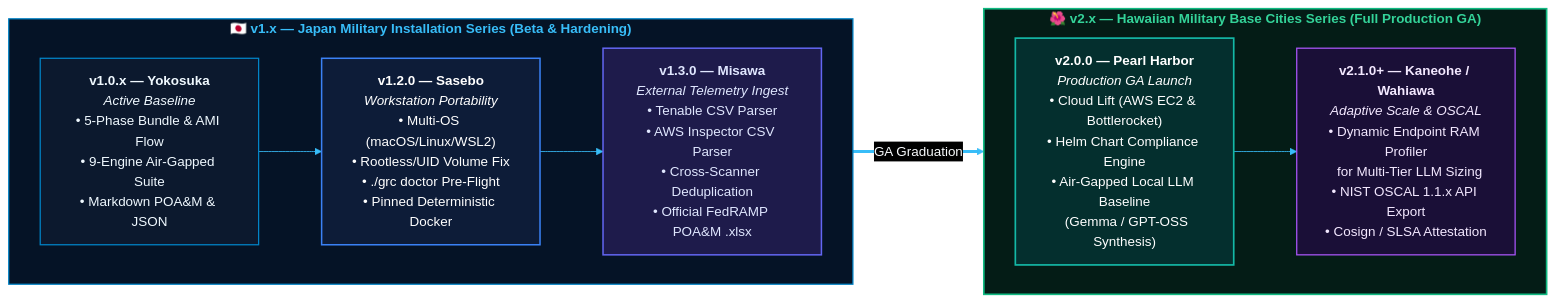
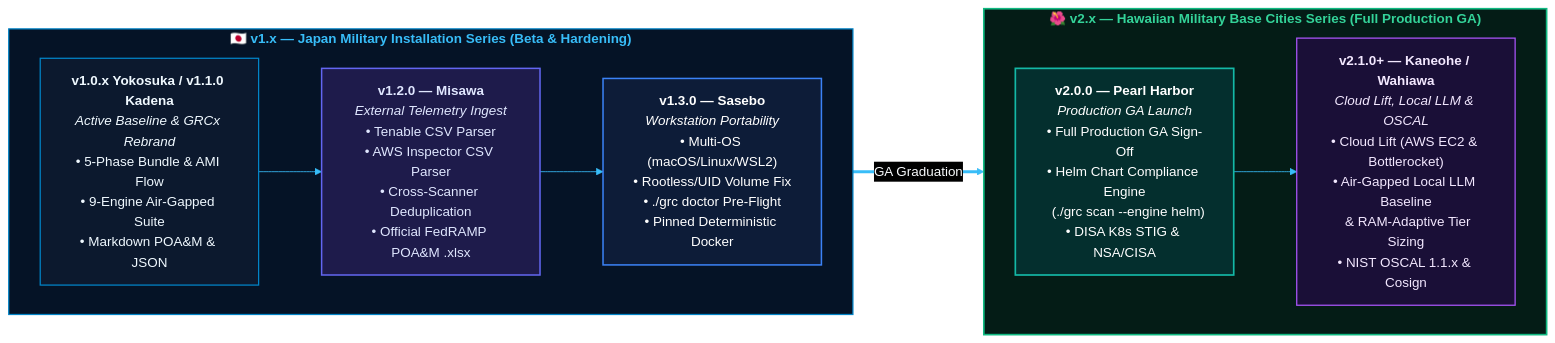
One commit to eodartintlabs-hue/grc-bundle-review changed the diagram in hygiene/ROADMAP.md. Above: the diagram before and after it, drawn with Mermaid. The commit also changed other lines of this file and 19 other files, not shown here.

Commit message:
Release v1.2.0 - Misawa: Standalone Tenable & AWS Inspector Scan-to-FedRAMP POA&M Transformation Engine (transform_scans.py)

````diff
--- a/hygiene/ROADMAP.md
+++ b/hygiene/ROADMAP.md
@@ -36,47 +37,47 @@
 ```mermaid
 %%{init: {
   'theme': 'base',
   'themeVariables': {
     'darkMode': true,
     'background': '#070a12',
     'primaryColor': '#0f172a',
     'primaryTextColor': '#f8fafc',
     'primaryBorderColor': '#38bdf8',
     'lineColor': '#38bdf8',
     'secondaryColor': '#1e1b4b',
     'tertiaryColor': '#0c4a6e',
     'mainBkg': '#0f172a',
     'nodeBorder': '#38bdf8',
     'clusterBkg': '#0b0f19',
     'clusterBorder': '#1e293b',
     'defaultLinkColor': '#38bdf8',
     'fontFamily': 'system-ui, -apple-system, sans-serif'
   }
 }}%%
 flowchart LR
     classDef yokosuka fill:#0c192e,stroke:#0284c7,stroke-width:1.5px,color:#f0f9ff;
+    classDef misawa fill:#1e1b4b,stroke:#6366f1,stroke-width:1.8px,color:#e0e7ff;
     classDef sasebo fill:#0d1c38,stroke:#3b82f6,stroke-width:1.8px,color:#ffffff;
-    classDef misawa fill:#1e1b4b,stroke:#6366f1,stroke-width:1.8px,color:#e0e7ff;
     classDef pearl fill:#042f2e,stroke:#14b8a6,stroke-width:2px,color:#ffffff;
     classDef kaneohe fill:#1a0f37,stroke:#a855f7,stroke-width:1.5px,color:#f3e8ff;
 
     subgraph JPN["<b>🇯🇵 v1.x — Japan Military Installation Series (Beta &amp; Hardening)</b>"]
         direction LR
-        Y["<b>v1.0.x — Yokosuka</b><br/><i>Active Baseline</i><br/>• 5-Phase Bundle &amp; AMI Flow<br/>• 9-Engine Air-Gapped Suite<br/>• Markdown POA&amp;M &amp; JSON"]:::yokosuka
-        S["<b>v1.2.0 — Sasebo</b><br/><i>Workstation Portability</i><br/>• Multi-OS (macOS/Linux/WSL2)<br/>• Rootless/UID Volume Fix<br/>• ./grc doctor Pre-Flight<br/>• Pinned Deterministic Docker"]:::sasebo
-        M["<b>v1.3.0 — Misawa</b><br/><i>External Telemetry Ingest</i><br/>• Tenable CSV Parser<br/>• AWS Inspector CSV Parser<br/>• Cross-Scanner Deduplication<br/>• Official FedRAMP POA&amp;M .xlsx"]:::misawa
-        Y --> S --> M
+        Y["<b>v1.0.x Yokosuka / v1.1.0 Kadena</b><br/><i>Active Baseline &amp; GRCx Rebrand</i><br/>• 5-Phase Bundle &amp; AMI Flow<br/>• 9-Engine Air-Gapped Suite<br/>• Markdown POA&amp;M &amp; JSON"]:::yokosuka
+        M["<b>v1.2.0 — Misawa</b><br/><i>External Telemetry Ingest</i><br/>• Tenable CSV Parser<br/>• AWS Inspector CSV Parser<br/>• Cross-Scanner Deduplication<br/>• Official FedRAMP POA&amp;M .xlsx"]:::misawa
+        S["<b>v1.3.0 — Sasebo</b><br/><i>Workstation Portability</i><br/>• Multi-OS (macOS/Linux/WSL2)<br/>• Rootless/UID Volume Fix<br/>• ./grc doctor Pre-Flight<br/>• Pinned Deterministic Docker"]:::sasebo
+        Y --> M --> S
     end
 
     subgraph HWI["<b>🌺 v2.x — Hawaiian Military Base Cities Series (Full Production GA)</b>"]
         direction LR
-        P["<b>v2.0.0 — Pearl Harbor</b><br/><i>Production GA Launch</i><br/>• Cloud Lift (AWS EC2 &amp; Bottlerocket)<br/>• Helm Chart Compliance Engine<br/>• Air-Gapped Local LLM Baseline<br/>  (Gemma / GPT-OSS Synthesis)"]:::pearl
-        K["<b>v2.1.0+ — Kaneohe / Wahiawa</b><br/><i>Adaptive Scale &amp; OSCAL</i><br/>• Dynamic Endpoint RAM Profiler<br/>  for Multi-Tier LLM Sizing<br/>• NIST OSCAL 1.1.x API Export<br/>• Cosign / SLSA Attestation"]:::kaneohe
+        P["<b>v2.0.0 — Pearl Harbor</b><br/><i>Production GA Launch</i><br/>• Full Production GA Sign-Off<br/>• Helm Chart Compliance Engine<br/>  (./grc scan --engine helm)<br/>• DISA K8s STIG &amp; NSA/CISA"]:::pearl
+        K["<b>v2.1.0+ — Kaneohe / Wahiawa</b><br/><i>Cloud Lift, Local LLM &amp; OSCAL</i><br/>• Cloud Lift (AWS EC2 &amp; Bottlerocket)<br/>• Air-Gapped Local LLM Baseline<br/>  &amp; RAM-Adaptive Tier Sizing<br/>• NIST OSCAL 1.1.x &amp; Cosign"]:::kaneohe
         P --> K
     end
 
-    M ==>|"GA Graduation"| P
+    S ==>|"GA Graduation"| P
 
     style JPN fill:#051326,stroke:#0284c7,stroke-width:1.5px,color:#38bdf8
     style HWI fill:#041c16,stroke:#10b981,stroke-width:2px,color:#34d399
 ```
````
